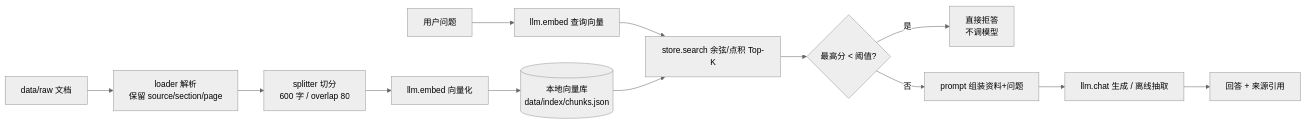
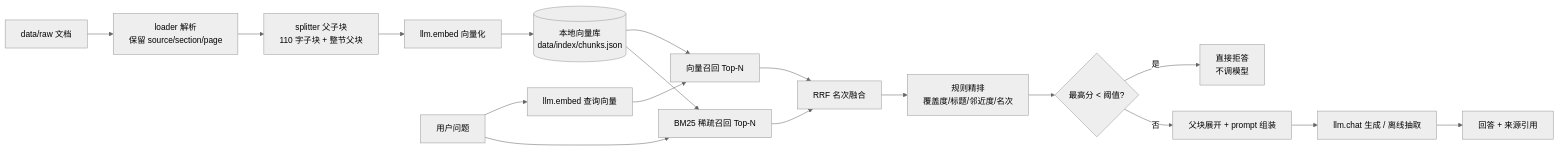
The diagram in README.md (QinHuai00/rag-knowledge-base), drawn with Mermaid (neutral theme) before and after one commit. The commit also changed other lines of this file, not shown here.

````diff
--- a/README.md
+++ b/README.md
@@ -105,15 +116,20 @@
 ```mermaid
 flowchart LR
     A[data/raw 文档] --> B[loader 解析<br/>保留 source/section/page]
-    B --> C[splitter 切分<br/>600 字 / overlap 80]
+    B --> C[splitter 父子块<br/>110 字子块 + 整节父块]
     C --> D[llm.embed 向量化]
     D --> E[(本地向量库<br/>data/index/chunks.json)]
     Q[用户问题] --> F[llm.embed 查询向量]
-    F --> G[store.search 余弦/点积 Top-K]
-    E --> G
-    G --> H{最高分 < 阈值?}
-    H -- 是 --> I[直接拒答<br/>不调模型]
-    H -- 否 --> J[prompt 组装资料+问题]
+    F --> G1[向量召回 Top-N]
+    Q --> G2[BM25 稀疏召回 Top-N]
+    G1 --> H[RRF 名次融合]
+    G2 --> H
+    H --> R[规则精排<br/>覆盖度/标题/邻近度/名次]
+    E --> G1
+    E --> G2
+    R --> P{最高分 < 阈值?}
+    P -- 是 --> I[直接拒答<br/>不调模型]
+    P -- 否 --> J[父块展开 + prompt 组装]
     J --> K[llm.chat 生成 / 离线抽取]
     K --> L[回答 + 来源引用]
 ```
````
